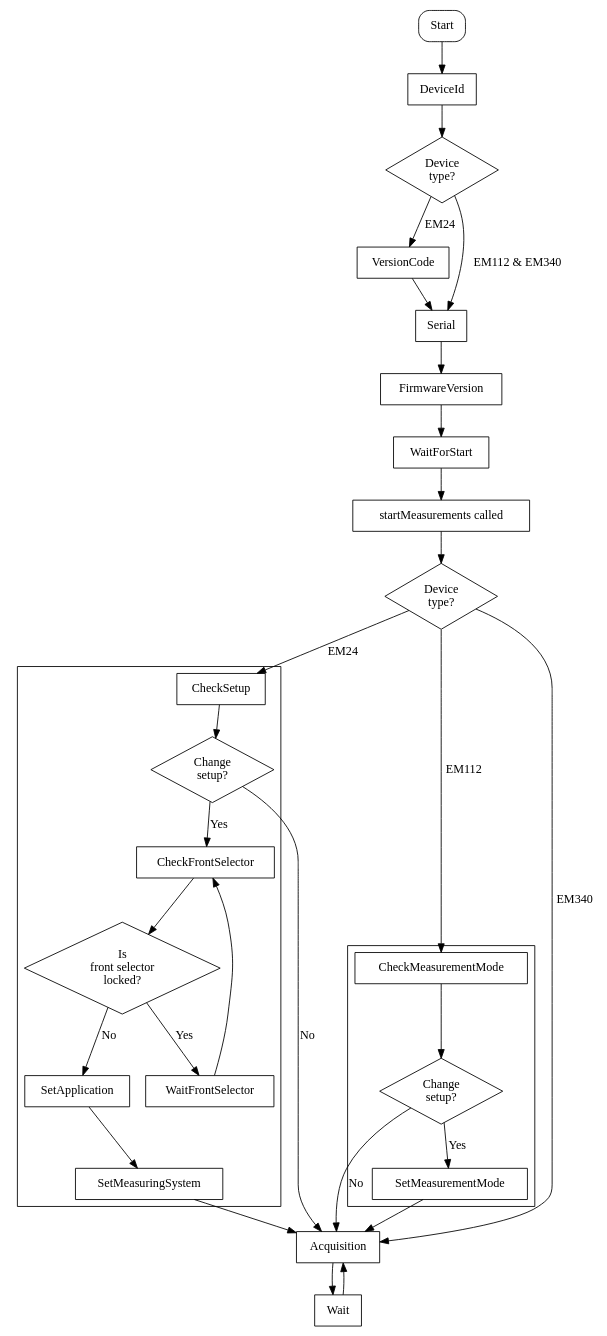
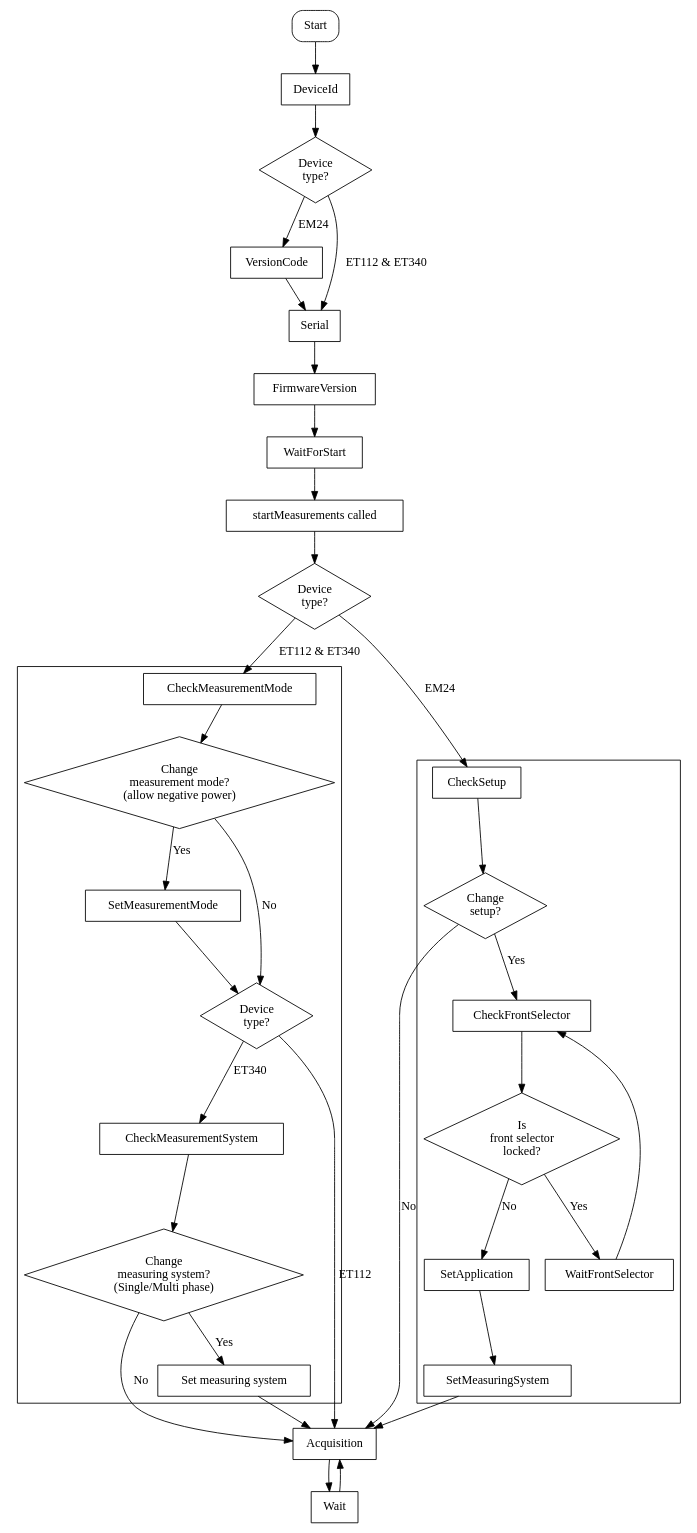
Before and after one commit to victronenergy/dbus-cgwacs: the diagram in documents/ac_sensor_updater_states.dot, drawn with Graphviz.

Commit message:
Updated description of data retrieval state engine

```diff
--- a/documents/ac_sensor_updater_states.dot
+++ b/documents/ac_sensor_updater_states.dot
@@ -1,55 +1,64 @@
 digraph {
     Start[shape="box", style=rounded];
     DeviceId[shape="box"];
     DeviceType[shape="diamond" label="Device\ntype?"];
     VersionCode[shape="box"];
     Serial[shape="box"];
     FirmwareVersion[shape="box"];
     WaitForStart[shape="box"];
     StartMeasurements[shape="box", label="startMeasurements called"];
     DeviceType2[shape="diamond" label="Device\ntype?"];
     subgraph cluster_EM24Setup {
         CheckSetup[shape="box"];
         ChangeSetup1[shape="diamond" label="Change\nsetup?"];
         CheckFrontSelector[shape="box"];
         IsLocked[shape="diamond" label="Is\nfront selector\nlocked?"];
         WaitFrontSelector[shape="box"];
         SetApplication[shape="box"];
         SetMeasuringSystem[shape="box"];
     }
-    subgraph cluster_EM112Setup {
+    subgraph cluster_ET112Setup {
         CheckMeasurementMode[shape="box"];
-        ChangeSetup2[shape="diamond" label="Change\nsetup?"];
+        ChangeSetup2[shape="diamond" label="Change\nmeasurement mode?\n(allow negative power)"];
         SetMeasurementMode[shape="box"];
+        DeviceType3[shape="diamond" label="Device\ntype?"];
+        CheckMeasurementSystem[shape="box"];
+        ChangeMeasurementSystem[shape="diamond" label="Change\nmeasuring system?\n(Single/Multi phase)"];
+        SetMeasuringSystem2[shape="box" label="Set measuring system"];
     }
     Acquisition[shape="box"];
     Wait[shape="box"];
 
     Start->DeviceId;
     DeviceId->DeviceType;
     DeviceType->VersionCode[label="EM24"];
     VersionCode->Serial;
-    DeviceType->Serial[label="EM112 & EM340"];
+    DeviceType->Serial[label="ET112 & ET340"];
     Serial->FirmwareVersion;
     FirmwareVersion->WaitForStart;
     WaitForStart->StartMeasurements;
     StartMeasurements->DeviceType2;
     DeviceType2->CheckSetup[label="EM24"];
-    DeviceType2->CheckMeasurementMode[label="EM112"];
-    DeviceType2->Acquisition[label="EM340"];
+    DeviceType2->CheckMeasurementMode[label="ET112 & ET340"];
     CheckSetup->ChangeSetup1;
     ChangeSetup1->CheckFrontSelector[label="Yes"];
     ChangeSetup1->Acquisition[label="No"];
     CheckFrontSelector->IsLocked;
     IsLocked->WaitFrontSelector[label="Yes"];
     WaitFrontSelector->CheckFrontSelector
     IsLocked->SetApplication[label="No"];
     SetApplication->SetMeasuringSystem;
     SetMeasuringSystem->Acquisition;
     CheckMeasurementMode->ChangeSetup2;
     ChangeSetup2->SetMeasurementMode[label="Yes"];
-    ChangeSetup2->Acquisition[label="No"];
-    SetMeasurementMode->Acquisition;
+    ChangeSetup2->DeviceType3[label="No"];
+    SetMeasurementMode->DeviceType3;
+    DeviceType3->Acquisition[label="ET112"];
+    DeviceType3->CheckMeasurementSystem[label="ET340"];
+    CheckMeasurementSystem->ChangeMeasurementSystem;
+    ChangeMeasurementSystem->SetMeasuringSystem2[label="Yes"];
+    ChangeMeasurementSystem->Acquisition[label="No"];
+    SetMeasuringSystem2->Acquisition
     Acquisition->Wait;
     Wait->Acquisition;
 }
```
